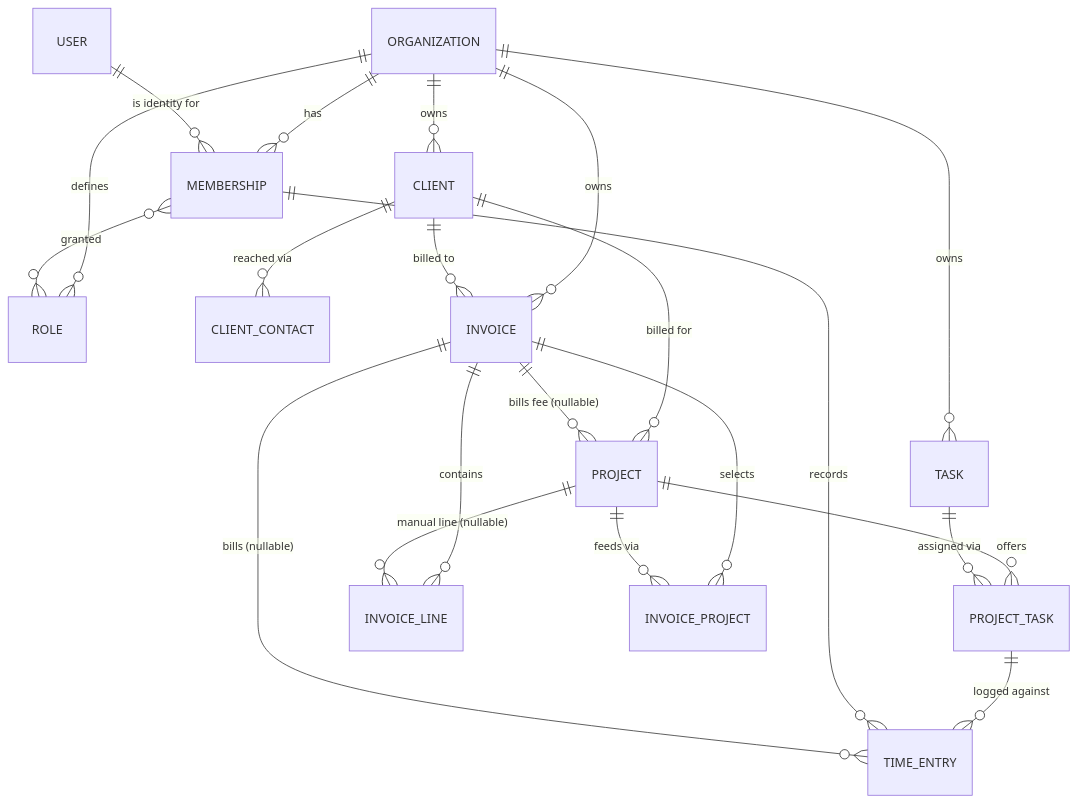
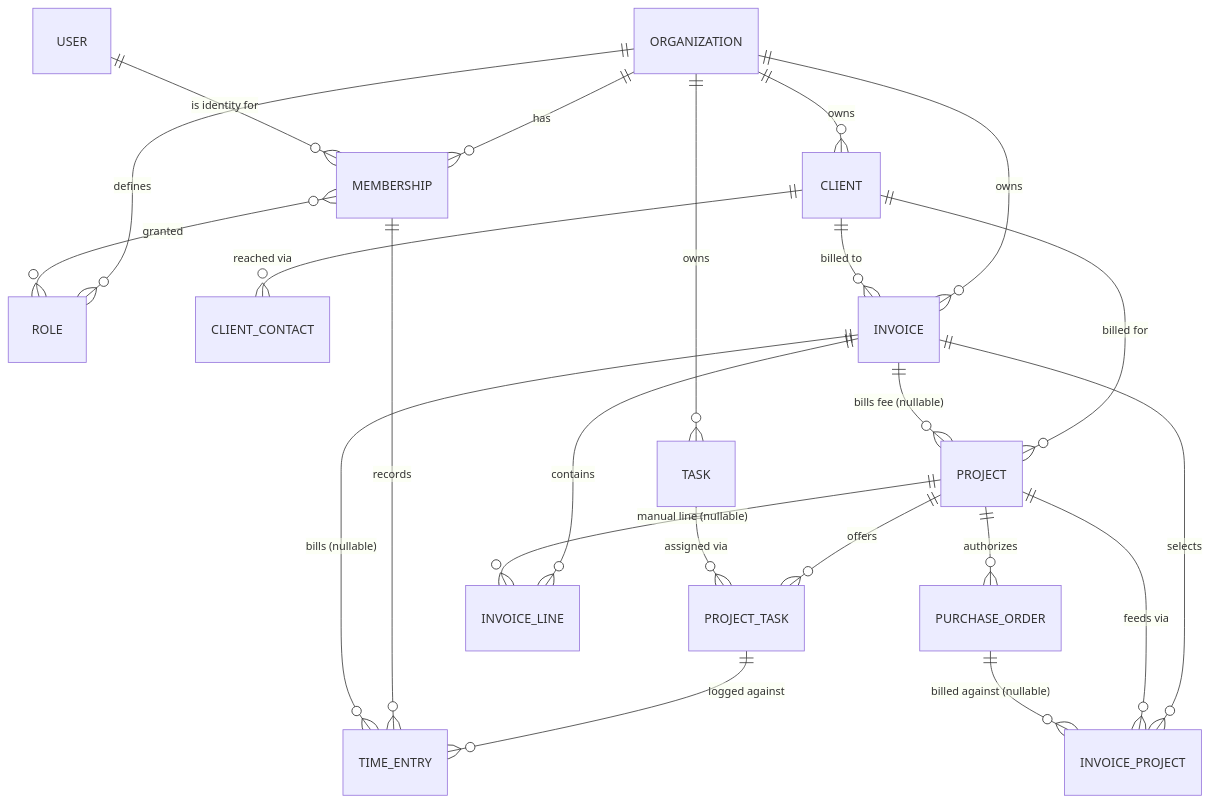
One commit to CaseyZS/Conflux-POC changed the diagram in docs/requirements/data-model.md. Above: the diagram before and after it, drawn with Mermaid. The commit also changed other lines of this file and 2 other files, not shown here.

First line of the commit message:
Requirements: capture per-project purchase orders (D19)

````diff
--- a/docs/requirements/data-model.md
+++ b/docs/requirements/data-model.md
@@ -55,23 +56,25 @@
 ```mermaid
 erDiagram
     ORGANIZATION ||--o{ MEMBERSHIP : has
     ORGANIZATION ||--o{ CLIENT : owns
     ORGANIZATION ||--o{ TASK : owns
     ORGANIZATION ||--o{ ROLE : defines
     USER ||--o{ MEMBERSHIP : "is identity for"
     MEMBERSHIP }o--o{ ROLE : granted
     CLIENT ||--o{ CLIENT_CONTACT : "reached via"
     CLIENT ||--o{ PROJECT : "billed for"
+    PROJECT ||--o{ PURCHASE_ORDER : authorizes
     PROJECT ||--o{ PROJECT_TASK : offers
     TASK ||--o{ PROJECT_TASK : "assigned via"
     PROJECT_TASK ||--o{ TIME_ENTRY : "logged against"
     MEMBERSHIP ||--o{ TIME_ENTRY : records
     ORGANIZATION ||--o{ INVOICE : owns
     CLIENT ||--o{ INVOICE : "billed to"
     INVOICE ||--o{ INVOICE_LINE : contains
     INVOICE ||--o{ TIME_ENTRY : "bills (nullable)"
     INVOICE ||--o{ PROJECT : "bills fee (nullable)"
     PROJECT ||--o{ INVOICE_LINE : "manual line (nullable)"
     INVOICE ||--o{ INVOICE_PROJECT : selects
     PROJECT ||--o{ INVOICE_PROJECT : "feeds via"
+    PURCHASE_ORDER ||--o{ INVOICE_PROJECT : "billed against (nullable)"
 ```
````
